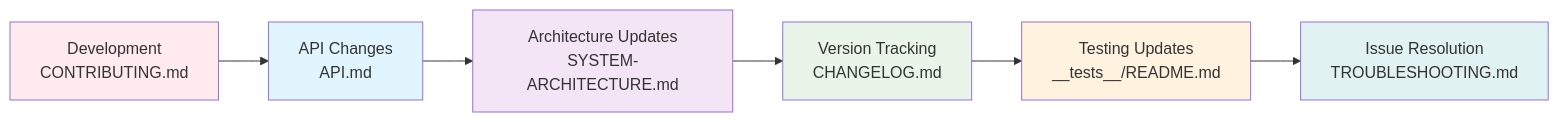
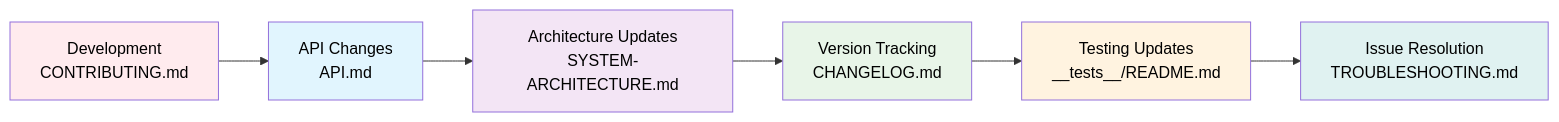
One commit to Interlaken0/temperature-plotter changed the fourth of 12 diagrams in docs/COMPLETE-DOCUMENTATION-GUIDE.md. Above: the diagram before and after it, drawn with Mermaid. The commit also changed other lines of this file and 8 other files, not shown here.

First line of the commit message:
Standardise Mermaid diagram text colour to black across all documentation

````diff
--- a/docs/COMPLETE-DOCUMENTATION-GUIDE.md
+++ b/docs/COMPLETE-DOCUMENTATION-GUIDE.md
@@ -125,15 +125,15 @@
 ```mermaid
 graph LR
     A[Development<br/>CONTRIBUTING.md] --> B[API Changes<br/>API.md]
     B --> C[Architecture Updates<br/>SYSTEM-ARCHITECTURE.md]
     C --> D[Version Tracking<br/>CHANGELOG.md]
     D --> E[Testing Updates<br/>__tests__/README.md]
     E --> F[Issue Resolution<br/>TROUBLESHOOTING.md]
     
-    style A fill:#ffebee
-    style B fill:#e1f5fe
-    style C fill:#f3e5f5
-    style D fill:#e8f5e8
-    style E fill:#fff3e0
-    style F fill:#e0f2f1
+    style A fill:#ffebee,color:#000000
+    style B fill:#e1f5fe,color:#000000
+    style C fill:#f3e5f5,color:#000000
+    style D fill:#e8f5e8,color:#000000
+    style E fill:#fff3e0,color:#000000
+    style F fill:#e0f2f1,color:#000000
 ```
````
